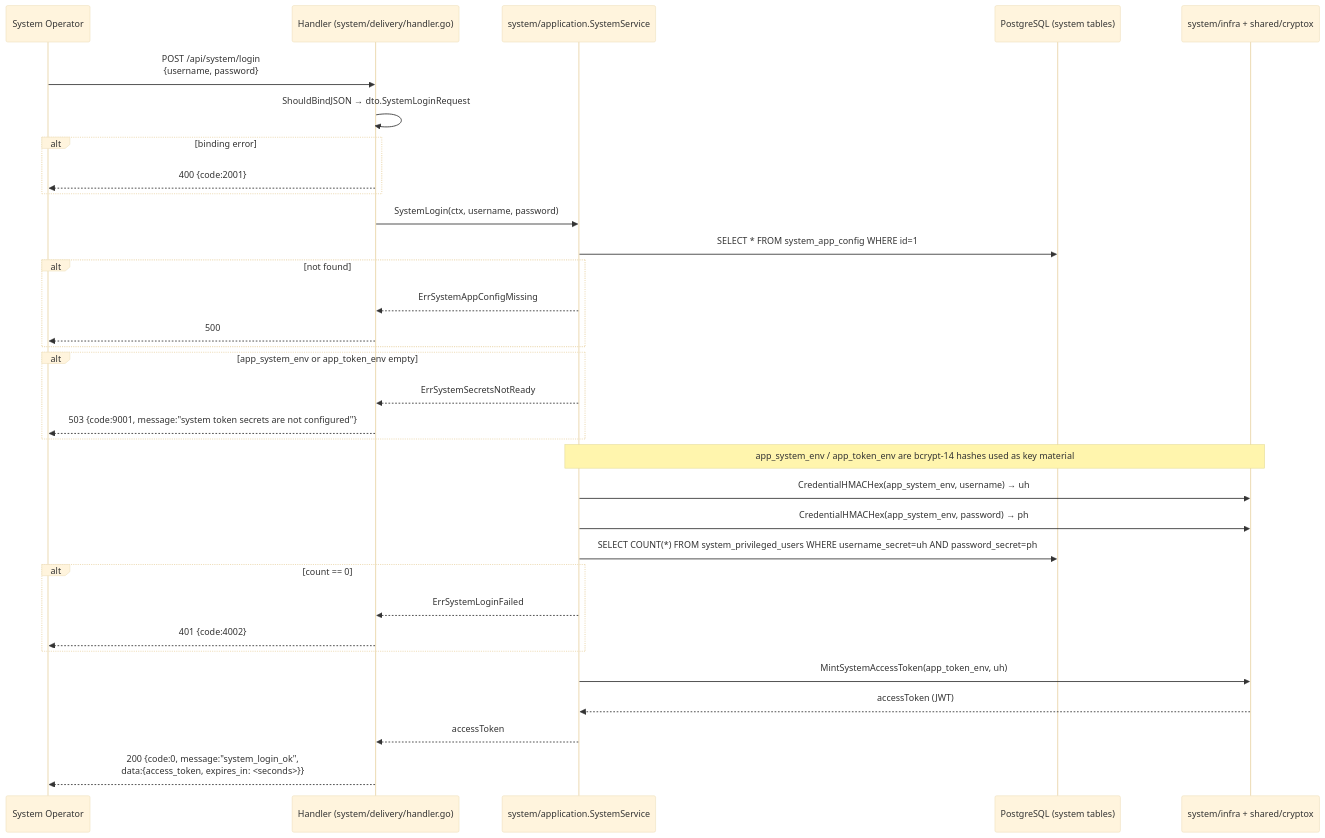
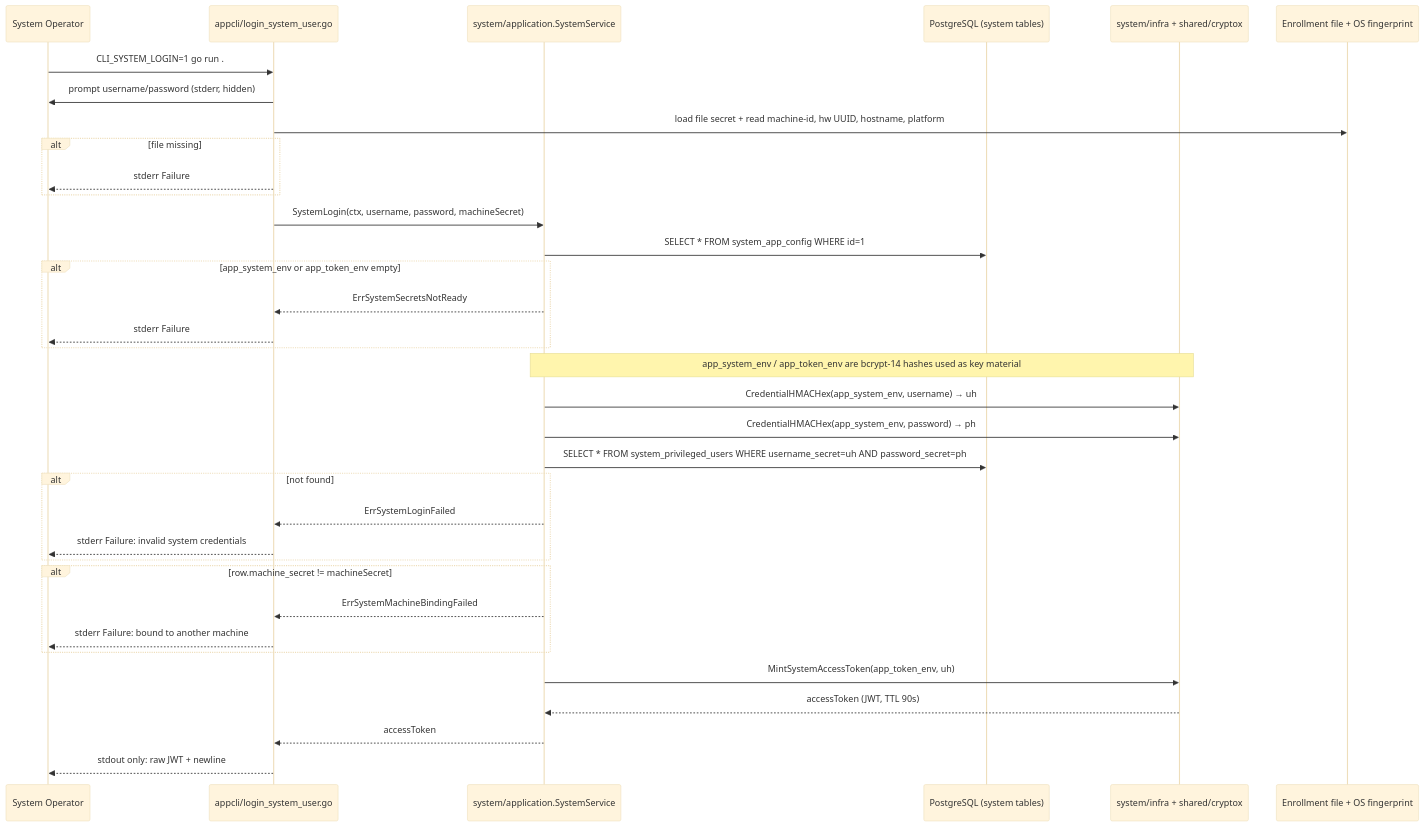
Before and after one commit to lkienkle11/be-mycourse: the ninth of 24 diagrams in docs/sequence_diagrams.md, drawn with Mermaid (base theme). The commit also changed other lines of this file and 15 other files, not shown here.

Commit message:
docs: sync system cli login and machine binding docs

````diff
--- a/docs/sequence_diagrams.md
+++ b/docs/sequence_diagrams.md
@@ -467,40 +467,41 @@
 ```mermaid
 sequenceDiagram
     participant Op as System Operator
-    participant H as Handler (system/delivery/handler.go)
+    participant CLI as appcli/login_system_user.go
     participant SVC as system/application.SystemService
     participant DB as PostgreSQL (system tables)
     participant Crypto as system/infra + shared/cryptox
+    participant ID as Enrollment file + OS fingerprint
 
-    Op->>H: POST /api/system/login<br/>{username, password}
-    H->>H: ShouldBindJSON → dto.SystemLoginRequest
-    alt binding error
-        H-->>Op: 400 {code:2001}
+    Op->>CLI: CLI_SYSTEM_LOGIN=1 go run .
+    CLI->>Op: prompt username/password (stderr, hidden)
+    CLI->>ID: load file secret + read machine-id, hw UUID, hostname, platform
+    alt file missing
+        CLI-->>Op: stderr Failure
     end
 
-    H->>SVC: SystemLogin(ctx, username, password)
+    CLI->>SVC: SystemLogin(ctx, username, password, machineSecret)
     SVC->>DB: SELECT * FROM system_app_config WHERE id=1
-    alt not found
-        SVC-->>H: ErrSystemAppConfigMissing
-        H-->>Op: 500
-    end
     alt app_system_env or app_token_env empty
-        SVC-->>H: ErrSystemSecretsNotReady
-        H-->>Op: 503 {code:9001, message:"system token secrets are not configured"}
+        SVC-->>CLI: ErrSystemSecretsNotReady
+        CLI-->>Op: stderr Failure
     end
 
     Note over SVC,Crypto: app_system_env / app_token_env are bcrypt-14 hashes used as key material
     SVC->>Crypto: CredentialHMACHex(app_system_env, username) → uh
     SVC->>Crypto: CredentialHMACHex(app_system_env, password) → ph
-    SVC->>DB: SELECT COUNT(*) FROM system_privileged_users WHERE username_secret=uh AND password_secret=ph
-    alt count == 0
-        SVC-->>H: ErrSystemLoginFailed
-        H-->>Op: 401 {code:4002}
+    SVC->>DB: SELECT * FROM system_privileged_users WHERE username_secret=uh AND password_secret=ph
+    alt not found
+        SVC-->>CLI: ErrSystemLoginFailed
+        CLI-->>Op: stderr Failure: invalid system credentials
+    end
+    alt row.machine_secret != machineSecret
+        SVC-->>CLI: ErrSystemMachineBindingFailed
+        CLI-->>Op: stderr Failure: bound to another machine
     end
 
     SVC->>Crypto: MintSystemAccessToken(app_token_env, uh)
-    Crypto-->>SVC: accessToken (JWT)
-    SVC-->>H: accessToken
-
-    H-->>Op: 200 {code:0, message:"system_login_ok",<br/>data:{access_token, expires_in: <seconds>}}
+    Crypto-->>SVC: accessToken (JWT, TTL 90s)
+    SVC-->>CLI: accessToken
+    CLI-->>Op: stdout only: raw JWT + newline
 ```
````
